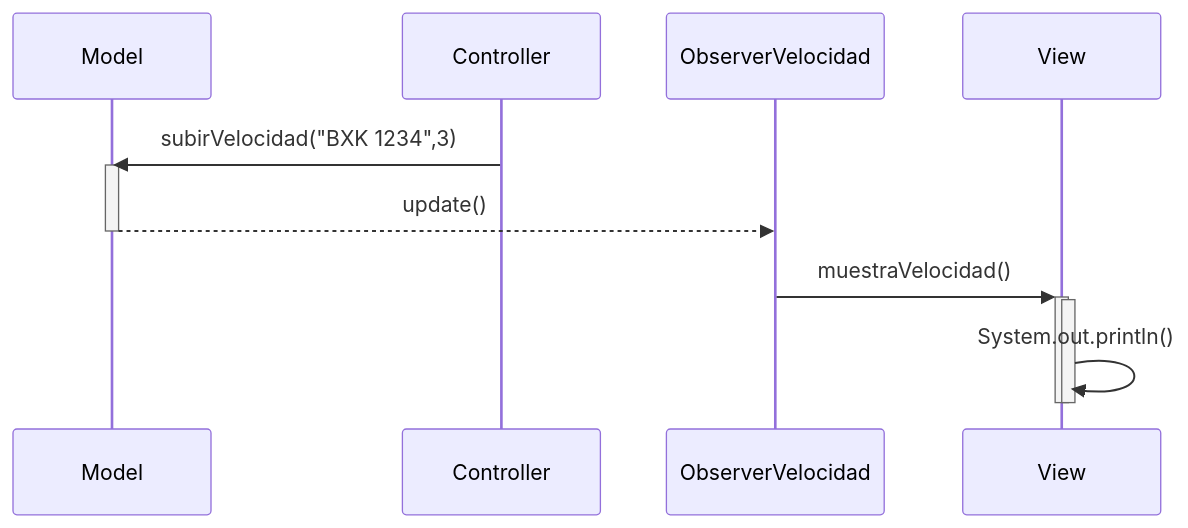
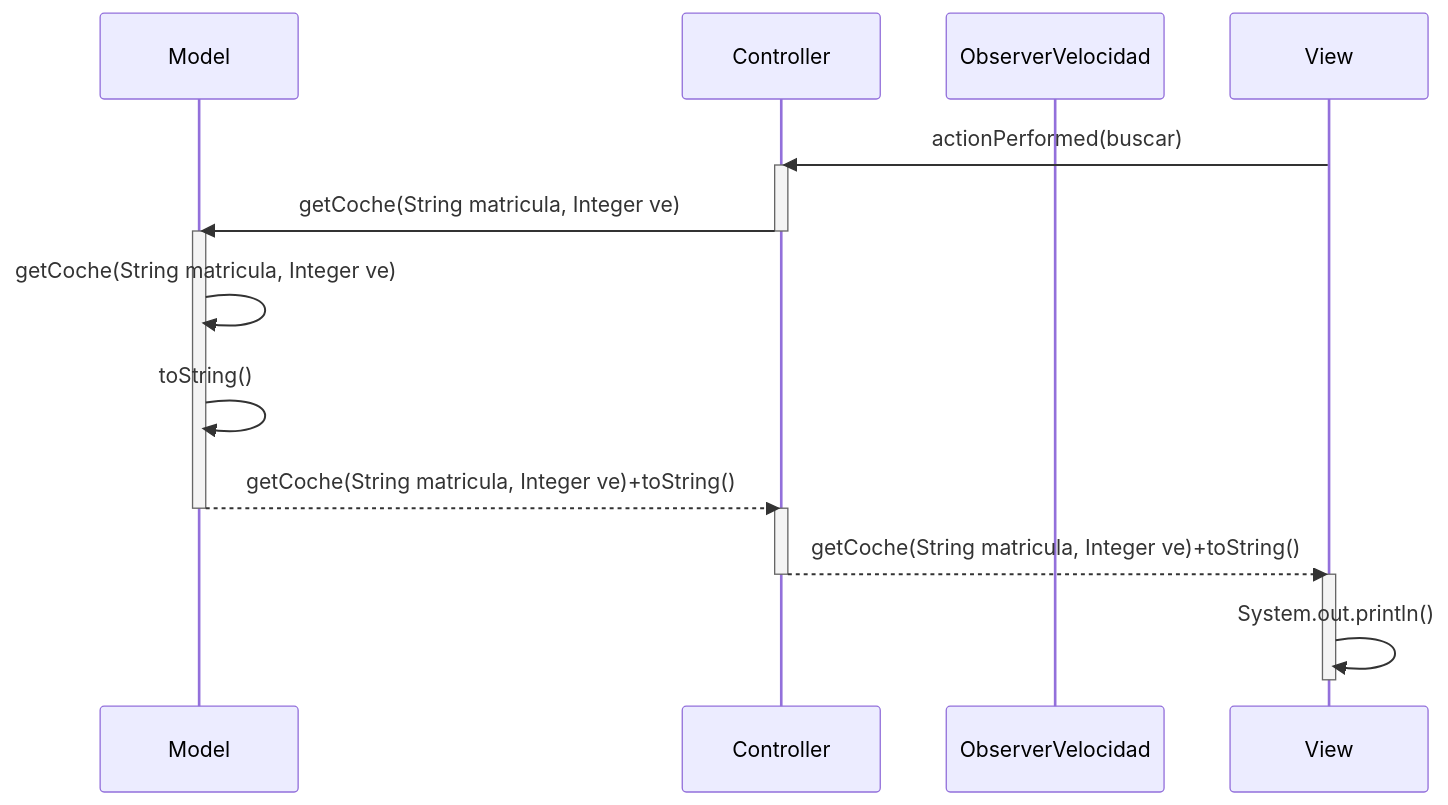
Before and after one commit to LidierRaccioppe/MVC_coches: the second of 2 diagrams in Readme.md, drawn with Mermaid. The commit also changed other lines of this file, not shown here.

Commit message:
Cambio el diagrama de clase y secuencia

````diff
--- a/Readme.md
+++ b/Readme.md
@@ -70,15 +53,22 @@
 ```mermaid
 sequenceDiagram
     participant Model
     participant Controller
     participant ObserverVelocidad
     participant View
-    Controller->>Model: subirVelocidad("BXK 1234",3)
+    View->>Controller: actionPerformed(buscar)
+    activate Controller
+    Controller->>Model: getCoche(String matricula, Integer ve)
+    deactivate Controller
     activate Model
-    Model-->>ObserverVelocidad: update()
+    Model->>Model: getCoche(String matricula, Integer ve)
+    Model->>Model: toString()
+    Model-->>Controller: getCoche(String matricula, Integer ve)+toString()
     deactivate Model
-    ObserverVelocidad->>+View: muestraVelocidad()
-    activate View
-    View->>-View: System.out.println()
+    activate Controller
+    Controller-->>View: getCoche(String matricula, Integer ve)+toString()
+    deactivate Controller
+    activate View 
+    View->>View: System.out.println()
     deactivate View
 ```
````
